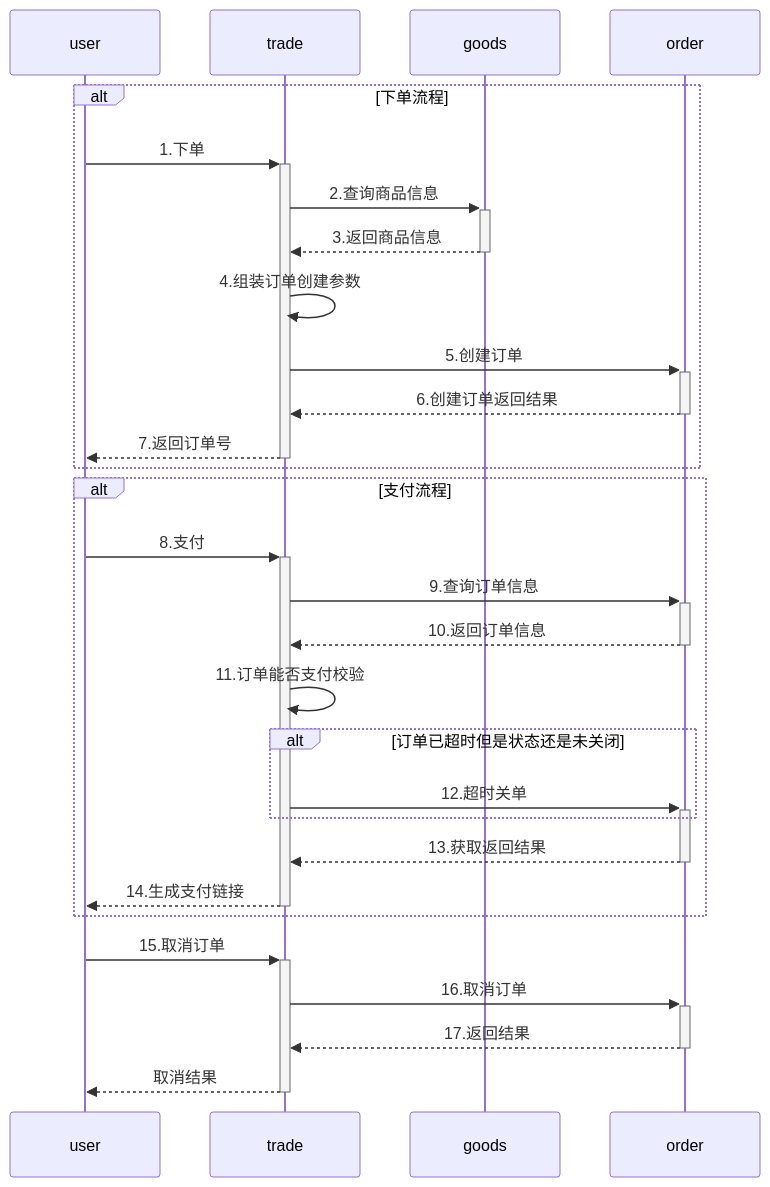
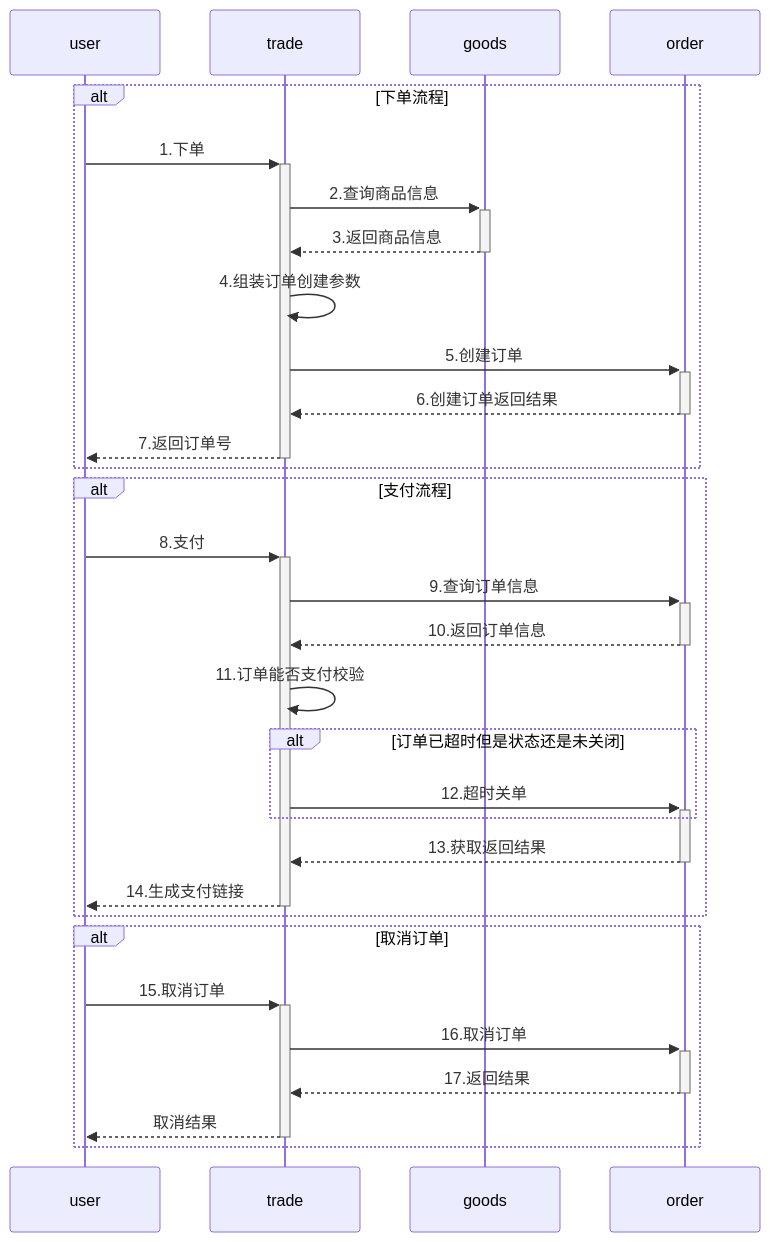
The diagram in all/未命名-6.md (yingjianzh/iodraw-files), drawn with Mermaid before and after one commit.

Commit message:
2024-08-19 15:54:11 update

````diff
--- a/all/未命名-6.md
+++ b/all/未命名-6.md
@@ -1,28 +1,29 @@
 ```mermaid
 sequenceDiagram
     alt 下单流程
     user->>+trade: 1.下单
     trade->>+goods: 2.查询商品信息
     goods-->>-trade: 3.返回商品信息
     trade->>trade: 4.组装订单创建参数
     trade->>+order: 5.创建订单
     order-->>-trade: 6.创建订单返回结果
     trade-->>-user: 7.返回订单号
     end
     alt 支付流程
     user->>+trade: 8.支付
     trade->>+order: 9.查询订单信息
     order-->>-trade: 10.返回订单信息
     trade->>trade: 11.订单能否支付校验
     alt 订单已超时但是状态还是未关闭
     trade->>+order: 12.超时关单
     end
     order-->>-trade: 13.获取返回结果
     trade-->>-user: 14.生成支付链接
     end
-    
+    alt 取消订单
     user->>+trade: 15.取消订单
     trade->>+order: 16.取消订单
     order-->>-trade: 17.返回结果
     trade-->>-user: 取消结果
+    end
 ```
````
